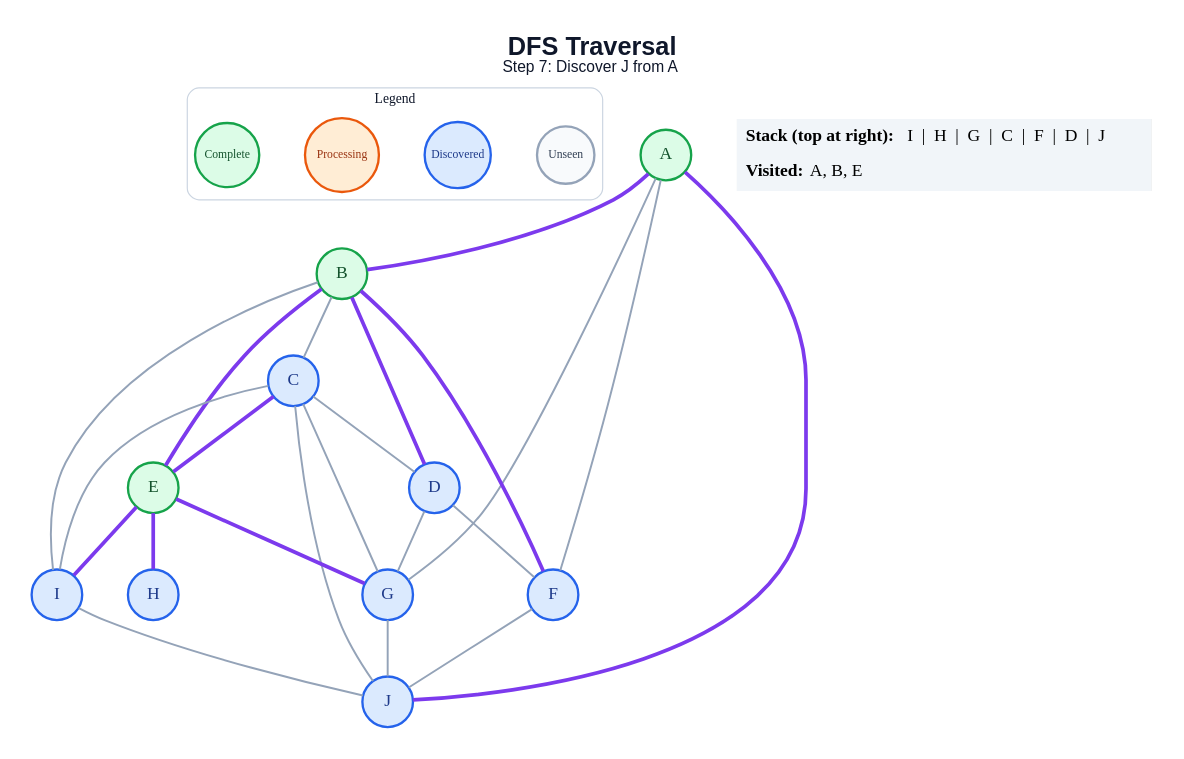
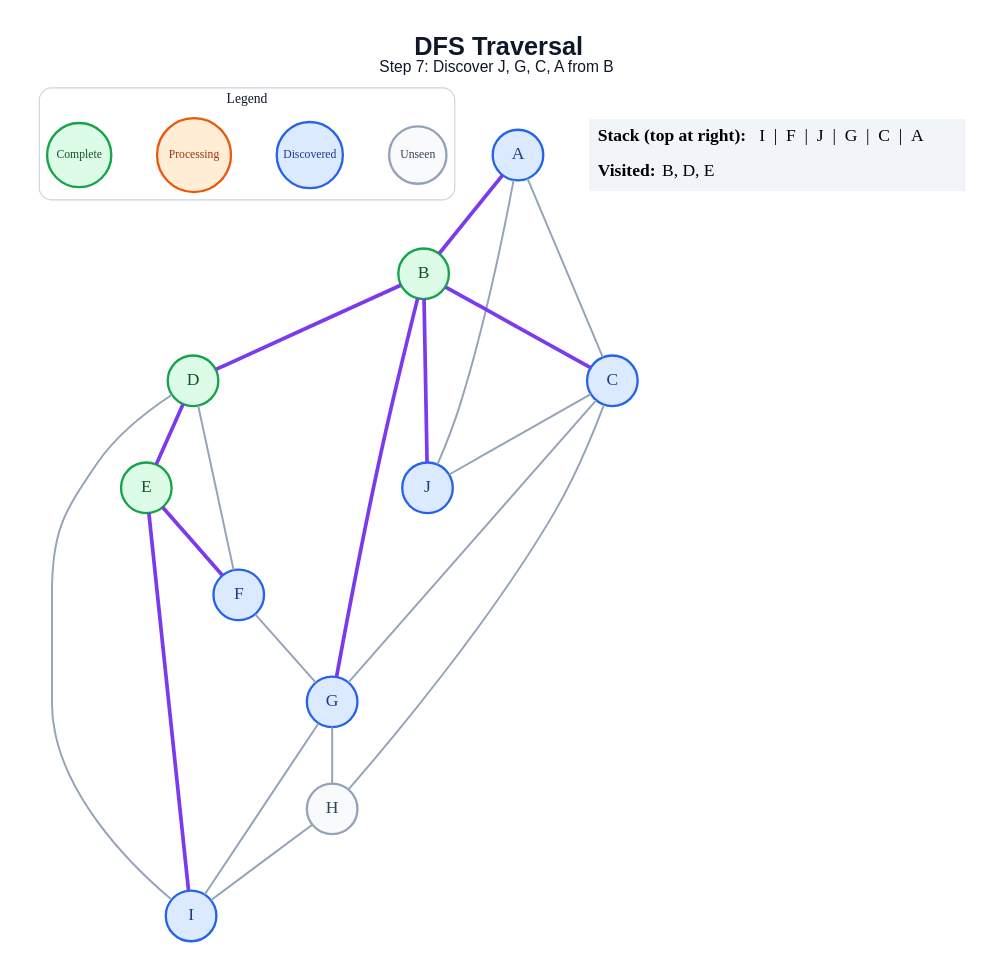
Before and after one commit to amanghodawala9/ai-slop: the diagram in generated/specific-node/dfs/step_07.dot, drawn with Graphviz. The commit also changed 178 other files, not shown here.

```diff
--- a/generated/specific-node/dfs/step_07.dot
+++ b/generated/specific-node/dfs/step_07.dot
@@ -1,51 +1,48 @@
 graph traversal {
   graph [layout=dot, rankdir=TB, bgcolor="#FFFFFF", pad="0.35", nodesep="0.65", ranksep="0.8", fontname="Arial"];
   node [shape=circle, style="filled", fontname="Arial Bold", fontsize=18, width=0.72, fixedsize=true, penwidth=2.4];
   edge [color="#94A3B8", penwidth=2.0];
-  label=<<B>DFS Traversal</B><BR/><FONT POINT-SIZE="16">Step 7: Discover J from A</FONT>>; labelloc="t"; fontsize=26; fontname="Arial"; fontcolor="#0F172A";
+  label=<<B>DFS Traversal</B><BR/><FONT POINT-SIZE="16">Step 7: Discover J, G, C, A from B</FONT>>; labelloc="t"; fontsize=26; fontname="Arial"; fontcolor="#0F172A";
   subgraph cluster_legend { label="Legend"; color="#CBD5E1"; penwidth=1.2; style="rounded"; fontsize=14; fontname="Arial Bold";
     key_unseen [label="Unseen", fillcolor="#F8FAFC", color="#94A3B8", fontcolor="#334155", fontsize=12, width=0.82];
     key_frontier [label="Discovered", fillcolor="#DBEAFE", color="#2563EB", fontcolor="#1E3A8A", fontsize=12, width=0.95];
     key_current [label="Processing", fillcolor="#FFEDD5", color="#EA580C", fontcolor="#9A3412", fontsize=12, width=1.05];
     key_done [label="Complete", fillcolor="#DCFCE7", color="#16A34A", fontcolor="#14532D", fontsize=12, width=0.92];
     { rank=same; key_unseen; key_frontier; key_current; key_done; }
   }
-  A [fillcolor="#DCFCE7", color="#16A34A", fontcolor="#14532D"];
+  A [fillcolor="#DBEAFE", color="#2563EB", fontcolor="#1E3A8A"];
   B [fillcolor="#DCFCE7", color="#16A34A", fontcolor="#14532D"];
   C [fillcolor="#DBEAFE", color="#2563EB", fontcolor="#1E3A8A"];
-  D [fillcolor="#DBEAFE", color="#2563EB", fontcolor="#1E3A8A"];
+  D [fillcolor="#DCFCE7", color="#16A34A", fontcolor="#14532D"];
   E [fillcolor="#DCFCE7", color="#16A34A", fontcolor="#14532D"];
   F [fillcolor="#DBEAFE", color="#2563EB", fontcolor="#1E3A8A"];
   G [fillcolor="#DBEAFE", color="#2563EB", fontcolor="#1E3A8A"];
-  H [fillcolor="#DBEAFE", color="#2563EB", fontcolor="#1E3A8A"];
+  H [fillcolor="#F8FAFC", color="#94A3B8", fontcolor="#334155"];
   I [fillcolor="#DBEAFE", color="#2563EB", fontcolor="#1E3A8A"];
   J [fillcolor="#DBEAFE", color="#2563EB", fontcolor="#1E3A8A"];
   A -- B [color="#7C3AED", penwidth=3.8];
-  A -- F;
-  A -- G;
-  A -- J [color="#7C3AED", penwidth=3.8];
-  B -- C;
+  A -- C;
+  A -- J;
+  B -- C [color="#7C3AED", penwidth=3.8];
   B -- D [color="#7C3AED", penwidth=3.8];
-  B -- E [color="#7C3AED", penwidth=3.8];
-  B -- F [color="#7C3AED", penwidth=3.8];
-  B -- I;
-  C -- D;
-  C -- E [color="#7C3AED", penwidth=3.8];
+  B -- G [color="#7C3AED", penwidth=3.8];
+  B -- J [color="#7C3AED", penwidth=3.8];
   C -- G;
-  C -- I;
+  C -- H;
   C -- J;
+  D -- E [color="#7C3AED", penwidth=3.8];
   D -- F;
-  D -- G;
-  E -- G [color="#7C3AED", penwidth=3.8];
-  E -- H [color="#7C3AED", penwidth=3.8];
+  D -- I;
+  E -- F [color="#7C3AED", penwidth=3.8];
   E -- I [color="#7C3AED", penwidth=3.8];
-  F -- J;
-  G -- J;
-  I -- J;
+  F -- G;
+  G -- H;
+  G -- I;
+  H -- I;
   status [shape=plain, fixedsize=false, width=0, height=0, margin=0, label=<
     <TABLE BORDER="0" CELLBORDER="0" CELLPADDING="7" BGCOLOR="#F1F5F9">
-      <TR><TD ALIGN="LEFT"><B>Stack (top at right):</B> I  |  H  |  G  |  C  |  F  |  D  |  J</TD></TR>
-      <TR><TD ALIGN="LEFT"><B>Visited:</B> A, B, E</TD></TR>
+      <TR><TD ALIGN="LEFT"><B>Stack (top at right):</B> I  |  F  |  J  |  G  |  C  |  A</TD></TR>
+      <TR><TD ALIGN="LEFT"><B>Visited:</B> B, D, E</TD></TR>
     </TABLE>
   >];
 }
```
